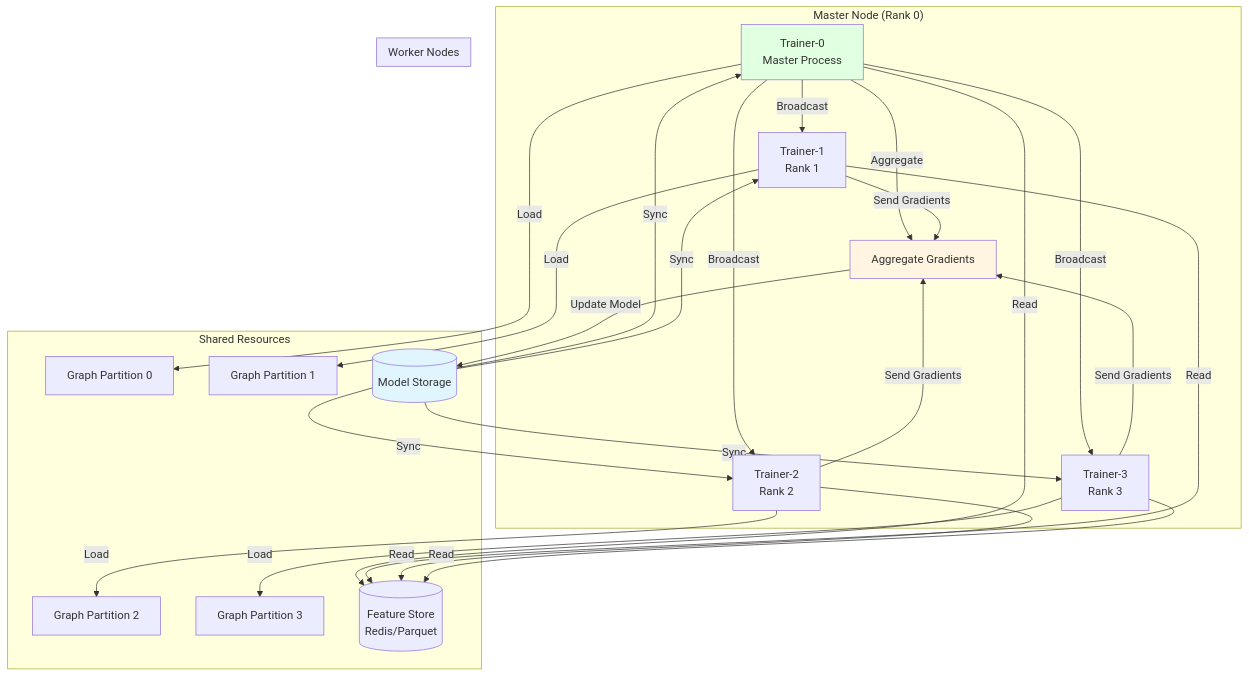
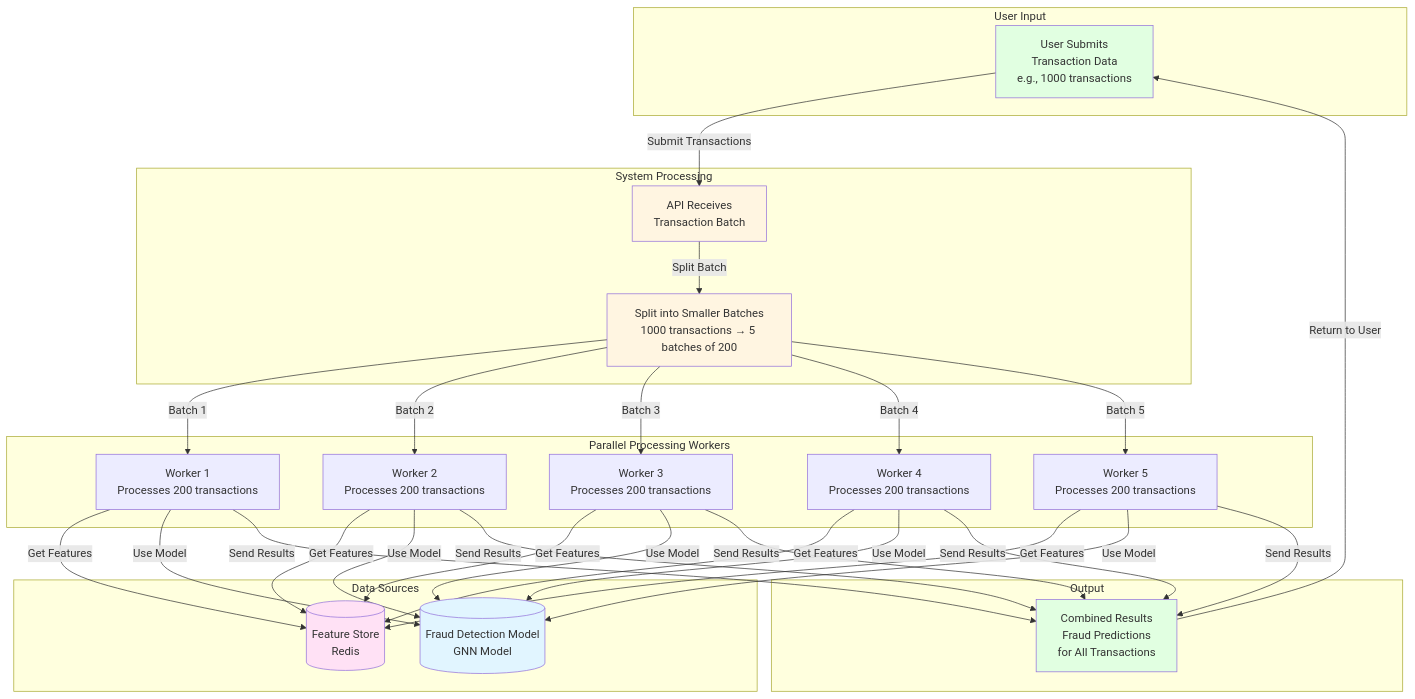
One commit to jayeshakhare33/DiFE changed diagram 12 of 12 in readme/architecture/PROJECT_DIAGRAMS.md. Above: the diagram before and after it, drawn with Mermaid. The commit also changed other lines of this file, not shown here.

````diff
--- a/readme/architecture/PROJECT_DIAGRAMS.md
+++ b/readme/architecture/PROJECT_DIAGRAMS.md
@@ -483,48 +632,64 @@
 ```mermaid
 graph TB
-    subgraph "Master Node (Rank 0)"
-        M[Trainer-0<br/>Master Process]
-        M -->|Broadcast| W1
-        M -->|Broadcast| W2
-        M -->|Broadcast| W3
-        M -->|Aggregate| AG[Aggregate Gradients]
+    subgraph "User Input"
+        USER[User Submits<br/>Transaction Data<br/>e.g., 1000 transactions]
     end
     
-    subgraph "Worker Nodes"
-        W1[Trainer-1<br/>Rank 1]
-        W2[Trainer-2<br/>Rank 2]
-        W3[Trainer-3<br/>Rank 3]
+    subgraph "System Processing"
+        API[API Receives<br/>Transaction Batch]
+        SPLIT[Split into Smaller Batches<br/>1000 transactions → 5 batches of 200]
     end
     
-    subgraph "Shared Resources"
-        G[Graph Partition 0]
-        G1[Graph Partition 1]
-        G2[Graph Partition 2]
-        G3[Graph Partition 3]
-        F[(Feature Store<br/>Redis/Parquet)]
-        M_STORE[(Model Storage)]
+    subgraph "Parallel Processing Workers"
+        W1[Worker 1<br/>Processes 200 transactions]
+        W2[Worker 2<br/>Processes 200 transactions]
+        W3[Worker 3<br/>Processes 200 transactions]
+        W4[Worker 4<br/>Processes 200 transactions]
+        W5[Worker 5<br/>Processes 200 transactions]
     end
     
-    M -->|Load| G
-    M -->|Read| F
-    W1 -->|Load| G1
-    W1 -->|Read| F
-    W2 -->|Load| G2
-    W2 -->|Read| F
-    W3 -->|Load| G3
-    W3 -->|Read| F
+    subgraph "Data Sources"
+        REDIS[(Feature Store<br/>Redis)]
+        MODEL[(Fraud Detection Model<br/>GNN Model)]
+    end
     
-    W1 -->|Send Gradients| AG
-    W2 -->|Send Gradients| AG
-    W3 -->|Send Gradients| AG
+    subgraph "Output"
+        RESULTS[Combined Results<br/>Fraud Predictions<br/>for All Transactions]
+    end
     
-    AG -->|Update Model| M_STORE
-    M_STORE -->|Sync| M
-    M_STORE -->|Sync| W1
-    M_STORE -->|Sync| W2
-    M_STORE -->|Sync| W3
+    USER -->|Submit Transactions| API
+    API -->|Split Batch| SPLIT
     
-    style M fill:#e1ffe1
-    style AG fill:#fff5e1
-    style M_STORE fill:#e1f5ff
+    SPLIT -->|Batch 1| W1
+    SPLIT -->|Batch 2| W2
+    SPLIT -->|Batch 3| W3
+    SPLIT -->|Batch 4| W4
+    SPLIT -->|Batch 5| W5
+    
+    W1 -->|Get Features| REDIS
+    W2 -->|Get Features| REDIS
+    W3 -->|Get Features| REDIS
+    W4 -->|Get Features| REDIS
+    W5 -->|Get Features| REDIS
+    
+    W1 -->|Use Model| MODEL
+    W2 -->|Use Model| MODEL
+    W3 -->|Use Model| MODEL
+    W4 -->|Use Model| MODEL
+    W5 -->|Use Model| MODEL
+    
+    W1 -->|Send Results| RESULTS
+    W2 -->|Send Results| RESULTS
+    W3 -->|Send Results| RESULTS
+    W4 -->|Send Results| RESULTS
+    W5 -->|Send Results| RESULTS
+    
+    RESULTS -->|Return to User| USER
+    
+    style USER fill:#e1ffe1
+    style API fill:#fff5e1
+    style SPLIT fill:#fff5e1
+    style REDIS fill:#ffe1f5
+    style MODEL fill:#e1f5ff
+    style RESULTS fill:#e1ffe1
 ```
````
